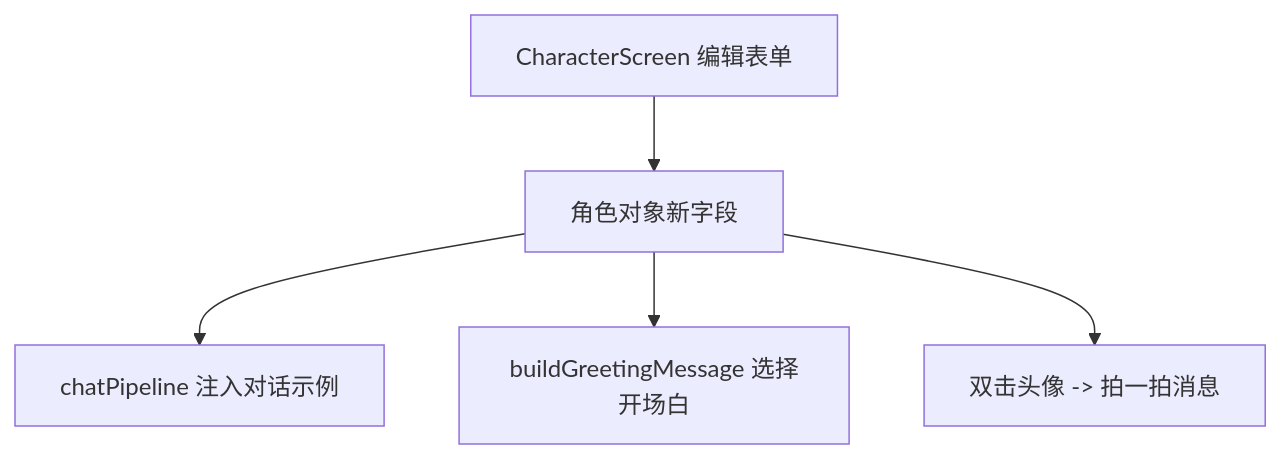
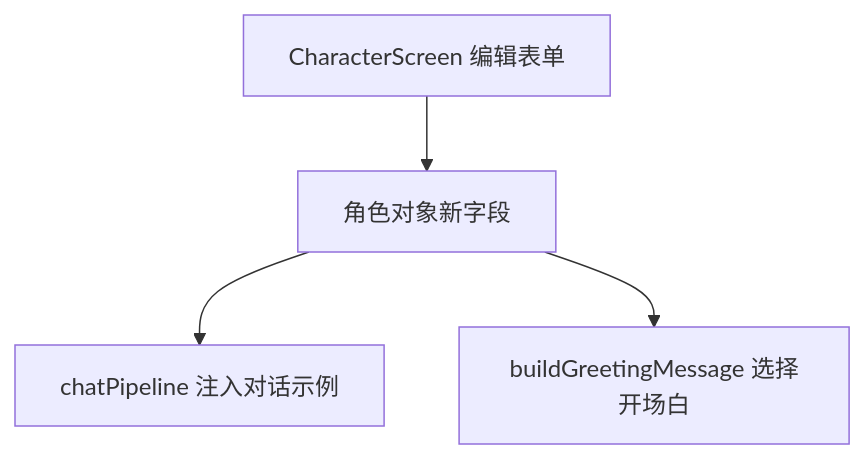
Before and after one commit to pppxxxy/easychat2: the diagram in .monkeycode/specs/2026-09-18-character-edit-fields/design.md, drawn with Mermaid. The commit also changed other lines of this file and 16 other files, not shown here.

````diff
--- a/.monkeycode/specs/2026-09-18-character-edit-fields/design.md
+++ b/.monkeycode/specs/2026-09-18-character-edit-fields/design.md
@@ -12,7 +12,6 @@
 ```mermaid
 graph TD
   A["CharacterScreen 编辑表单"] --> B["角色对象新字段"]
   B --> C["chatPipeline 注入对话示例"]
   B --> D["buildGreetingMessage 选择开场白"]
-  B --> E["双击头像 -> 拍一拍消息"]
 ```
````
